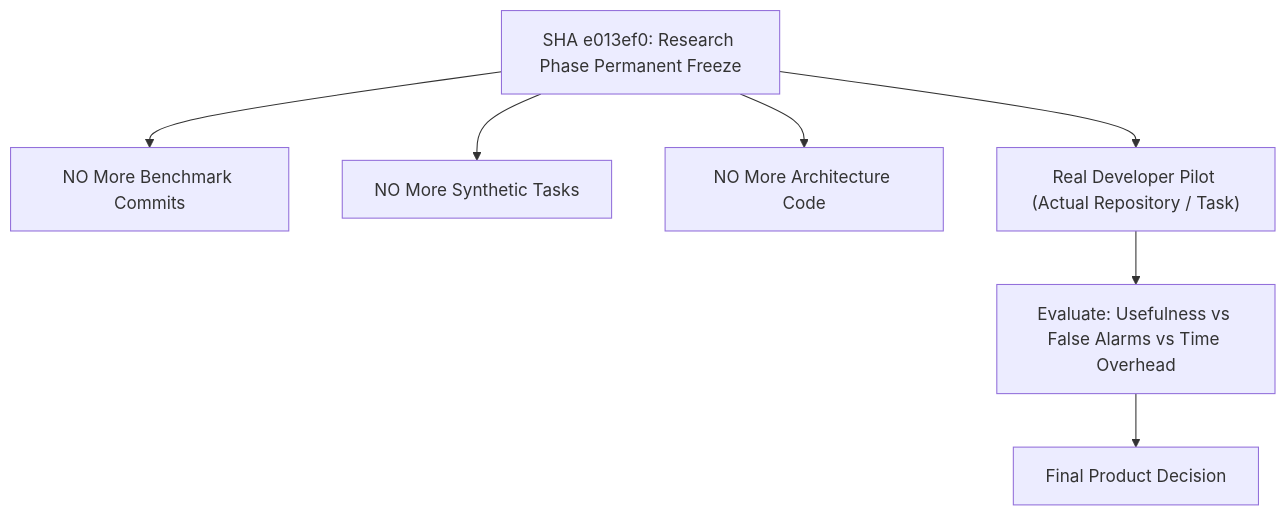
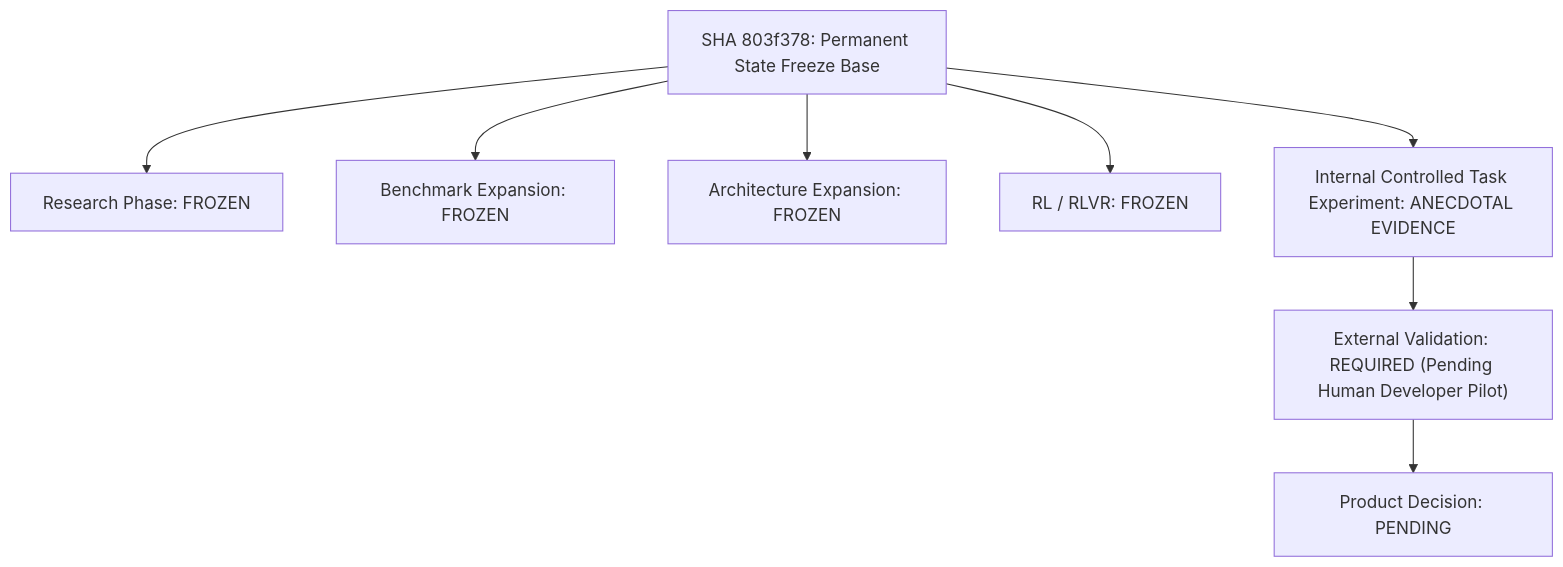
The diagram in benchmark/v0/engineering/master_ledger.md (ak-bharadwaj/S-class), drawn with Mermaid before and after one commit. The commit also changed other lines of this file, not shown here.

Commit message:
docs(ledger): lock permanent state freeze and reject automated KEEP decision as invalid measurement

````diff
--- a/benchmark/v0/engineering/master_ledger.md
+++ b/benchmark/v0/engineering/master_ledger.md
@@ -34,9 +12,10 @@
 ```mermaid
 graph TD
-    A["SHA e013ef0: Research Phase Permanent Freeze"] --> B["NO More Benchmark Commits"]
-    A --> C["NO More Synthetic Tasks"]
-    A --> D["NO More Architecture Code"]
-    A --> E["Real Developer Pilot (Actual Repository / Task)"]
-    E --> F["Evaluate: Usefulness vs False Alarms vs Time Overhead"]
-    F --> G["Final Product Decision"]
+    A["SHA 803f378: Permanent State Freeze Base"] --> B["Research Phase: FROZEN"]
+    A --> C["Benchmark Expansion: FROZEN"]
+    A --> D["Architecture Expansion: FROZEN"]
+    A --> E["RL / RLVR: FROZEN"]
+    A --> F["Internal Controlled Task Experiment: ANECDOTAL EVIDENCE"]
+    F --> G["External Validation: REQUIRED (Pending Human Developer Pilot)"]
+    G --> H["Product Decision: PENDING"]
 ```
````
